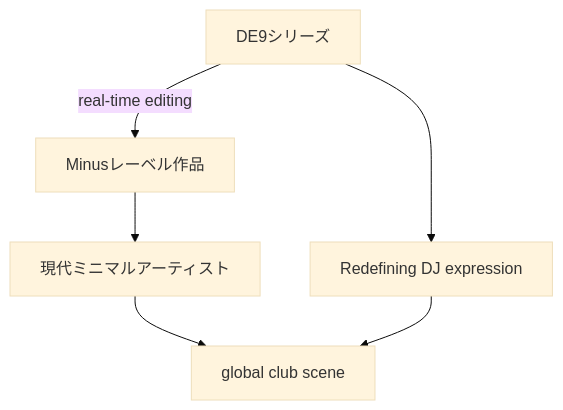
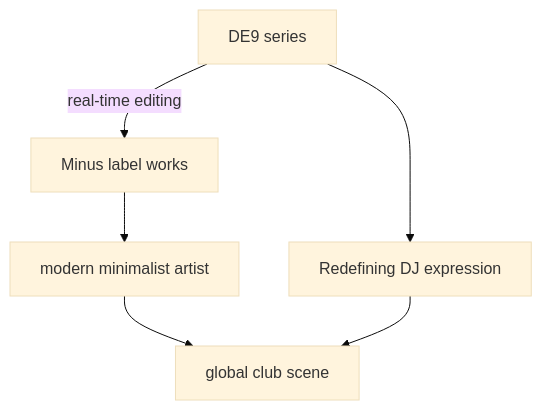
One commit to monumental-movement/monumental-movement.github.io changed the first of 7 diagrams in en/_posts/2025-10-24-column-plastikman-richie-hawtin.md. Above: the diagram before and after it, drawn with Mermaid (base theme). The commit also changed other lines of this file and 851 other files, not shown here.

```diff
--- a/en/_posts/2025-10-24-column-plastikman-richie-hawtin.md
+++ b/en/_posts/2025-10-24-column-plastikman-richie-hawtin.md
@@ -174,10 +174,10 @@
 <div class="mermaid">
 
 flowchart TD
-    A[DE9シリーズ] -->|real-time editing| B[Minusレーベル作品]
-    B --> C[現代ミニマルアーティスト]
+    A[DE9 series] -->|real-time editing| B[Minus label works]
+    B --> C[modern minimalist artist]
     C --> D[global club scene]
     A --> E[Redefining DJ expression]
     E --> D
 
 </div>
```
